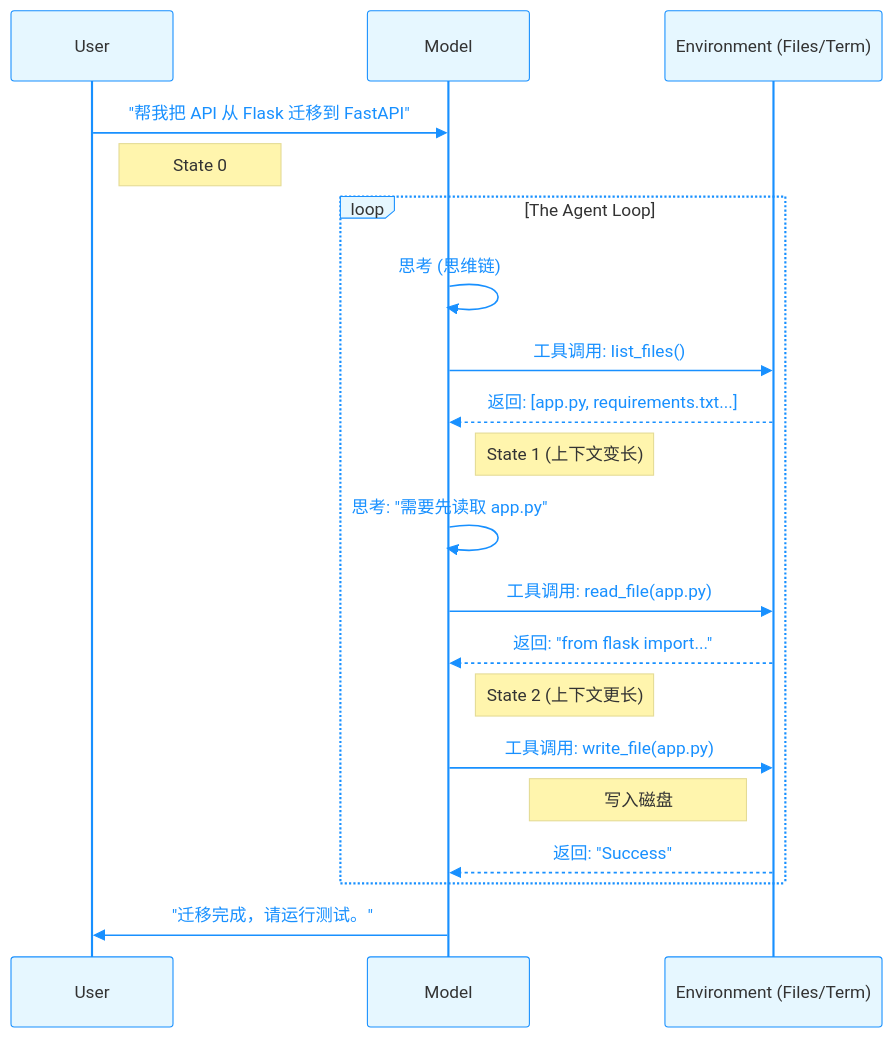
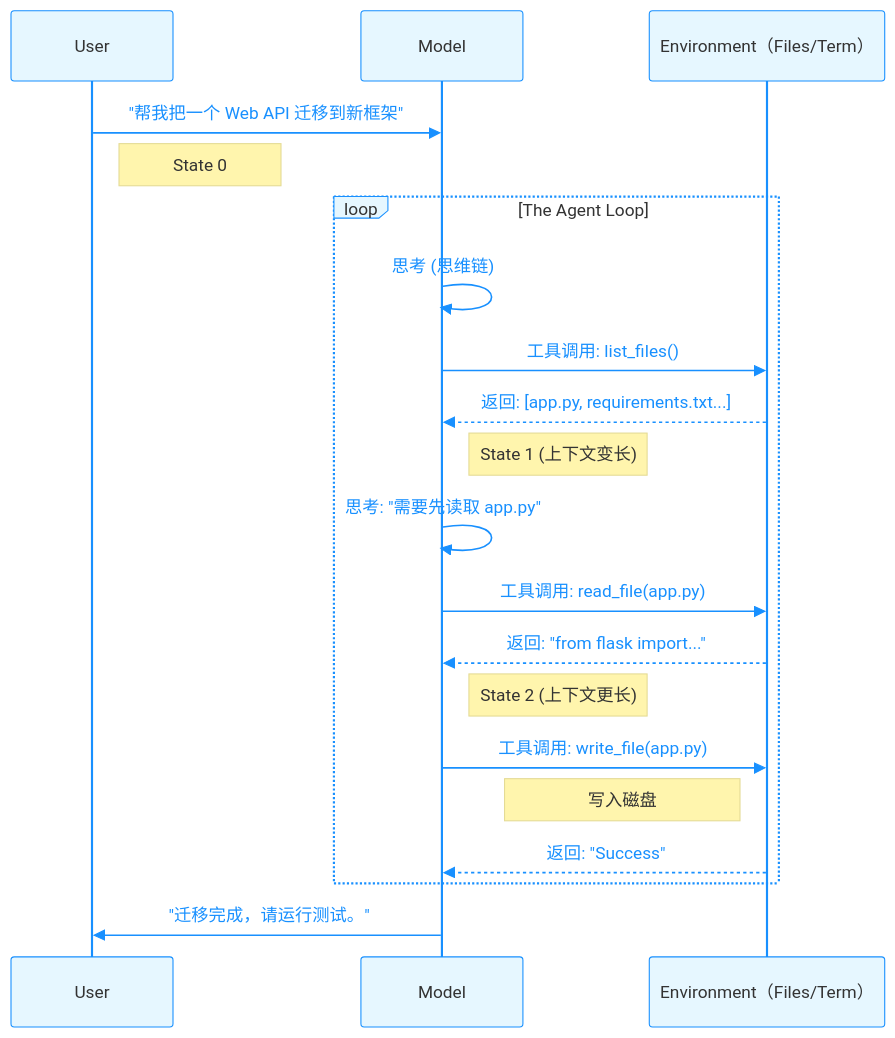
One commit to yeasy/agentic_ai_guide changed the first of 7 diagrams in 10_agentic_coding/10.2_loop.md. Above: the diagram before and after it, drawn with Mermaid. The commit also changed other lines of this file and 88 other files, not shown here.

````diff
--- a/10_agentic_coding/10.2_loop.md
+++ b/10_agentic_coding/10.2_loop.md
@@ -9,28 +9,28 @@
 ```mermaid
 %%{init: {'theme': 'base', 'themeVariables': { 'primaryColor': '#e6f7ff', 'actorBorder': '#1890ff', 'actorBkg': '#e6f7ff', 'signalColor': '#1890ff', 'signalTextColor': '#1890ff'}}}%%
 sequenceDiagram
     participant U as User
     participant M as Model
-    participant E as Environment (Files/Term)
+    participant E as Environment（Files/Term）
     
-    U->>M: "帮我把 API 从 Flask 迁移到 FastAPI"
+    U->>M: "帮我把一个 Web API 迁移到新框架"
     note right of U: State 0
     
     loop The Agent Loop
         M->>M: 思考 (思维链)
         M->>E: 工具调用: list_files()
         E-->>M: 返回: [app.py, requirements.txt...]
         note right of M: State 1 (上下文变长)
         
         M->>M: 思考: "需要先读取 app.py"
         M->>E: 工具调用: read_file(app.py)
         E-->>M: 返回: "from flask import..."
         note right of M: State 2 (上下文更长)
         
         M->>E: 工具调用: write_file(app.py)
         note left of E: 写入磁盘
         E-->>M: 返回: "Success"
     end
     
     M->>U: "迁移完成，请运行测试。"
 ```
````
